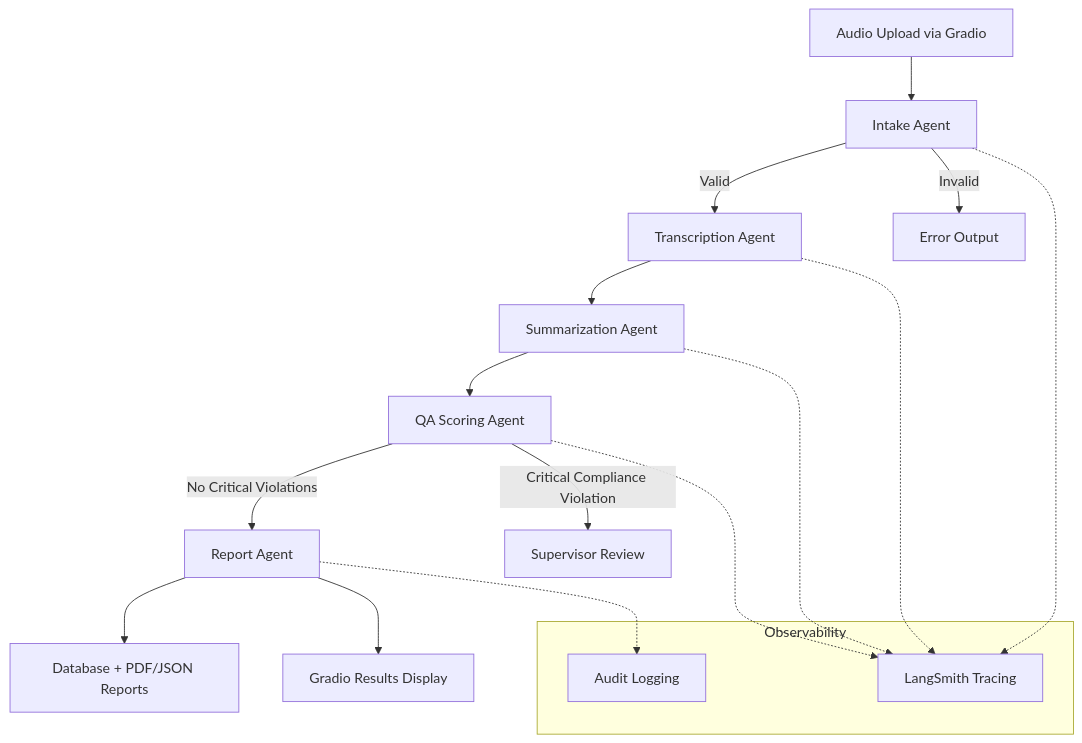
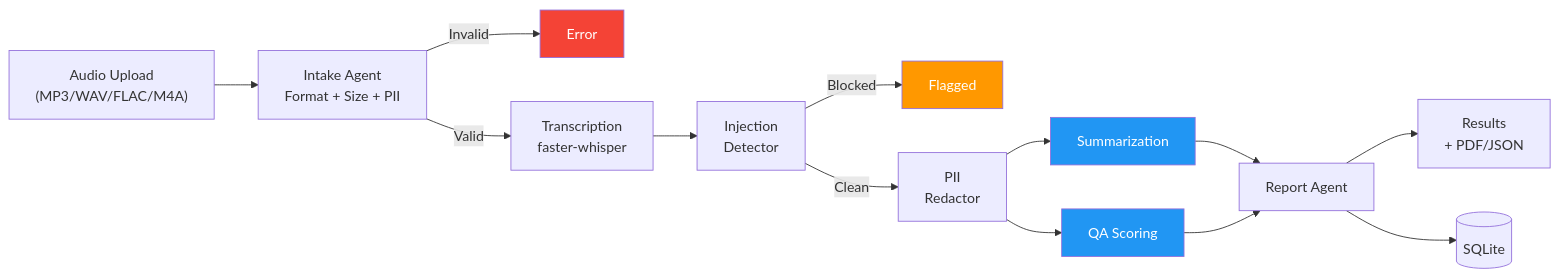
One commit to ANI-IN/Call-Center-Intelligence-System changed the first of 5 diagrams in README.md. Above: the diagram before and after it, drawn with Mermaid. The commit also changed other lines of this file and 99 other files, not shown here.

````diff
--- a/README.md
+++ b/README.md
@@ -79,23 +100,20 @@
 ```mermaid
-graph TD
-    A[Audio Upload via Gradio] --> B[Intake Agent]
-    B -->|Valid| C[Transcription Agent]
-    B -->|Invalid| ERR[Error Output]
-    C --> D[Summarization Agent]
-    D --> E[QA Scoring Agent]
-    E -->|No Critical Violations| F[Report Agent]
-    E -->|Critical Compliance Violation| SUP[Supervisor Review]
-    F --> G[Database + PDF/JSON Reports]
-    F --> H[Gradio Results Display]
+graph LR
+    A["Audio Upload<br/>(MP3/WAV/FLAC/M4A)"] --> B["Intake Agent<br/>Format + Size + PII"]
+    B -->|Invalid| ERR["Error"]
+    B -->|Valid| C["Transcription<br/>faster-whisper"]
+    C --> D["Injection<br/>Detector"]
+    D -->|Blocked| FLAG["Flagged"]
+    D -->|Clean| E["PII<br/>Redactor"]
+    E --> F["Summarization"]
+    E --> G["QA Scoring"]
+    F --> H["Report Agent"]
+    G --> H
+    H --> OUT["Results<br/>+ PDF/JSON"]
+    H --> DB[("SQLite")]
 
-    subgraph Observability
-        LS[LangSmith Tracing]
-        AL[Audit Logging]
-    end
-
-    B -.-> LS
-    C -.-> LS
-    D -.-> LS
-    E -.-> LS
-    F -.-> AL
+    style F fill:#2196F3,color:white
+    style G fill:#2196F3,color:white
+    style ERR fill:#f44336,color:white
+    style FLAG fill:#FF9800,color:white
 ```
````
